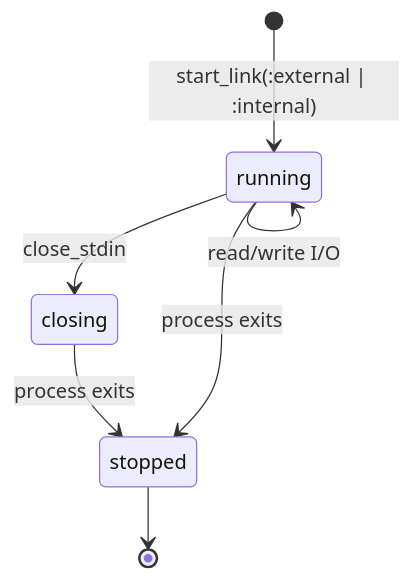
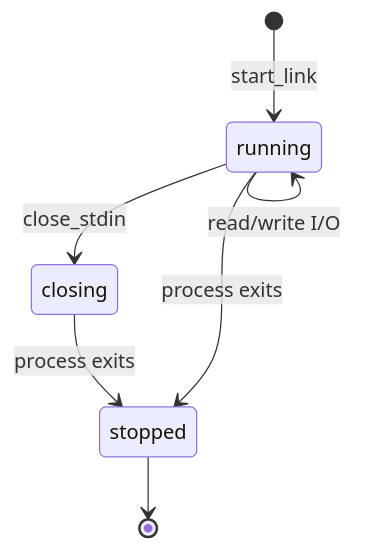
The sixth of 12 diagrams in docs/ARCHITECTURE.md (tv-labs/bash), drawn with Mermaid before and after one commit. The commit also changed other lines of this file and 13 other files, not shown here.

````diff
--- a/docs/ARCHITECTURE.md
+++ b/docs/ARCHITECTURE.md
@@ -191,9 +178,9 @@
 ```mermaid
 stateDiagram-v2
-    [*] --> running: start_link(:external | :internal)
+    [*] --> running : start_link
     running --> running: read/write I/O
     running --> closing: close_stdin
     closing --> stopped: process exits
     running --> stopped: process exits
     stopped --> [*]
 ```
````
